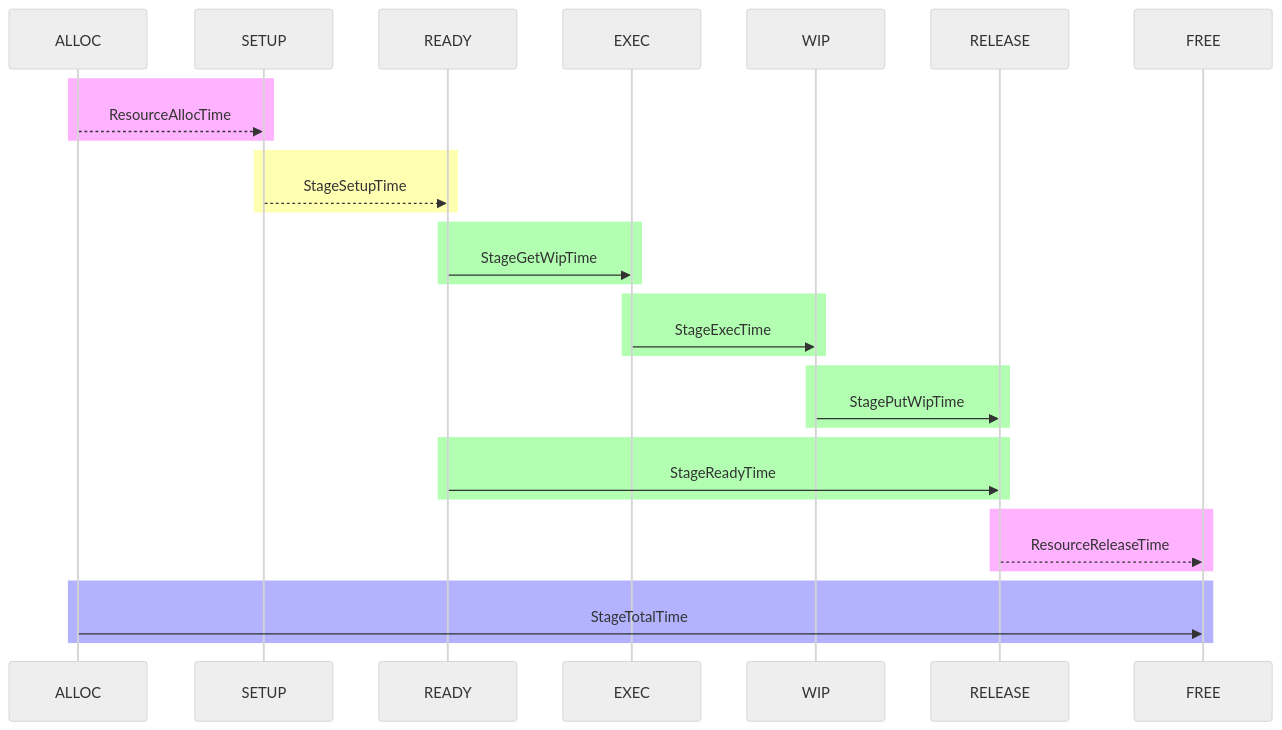
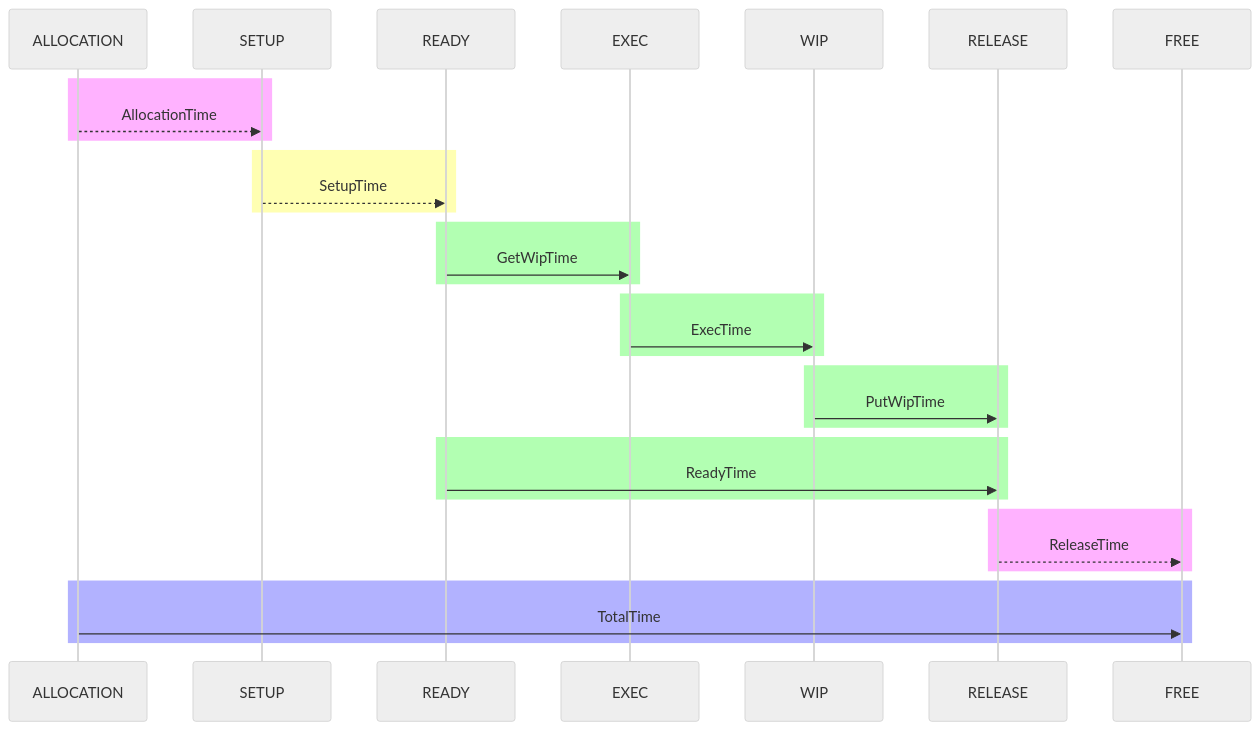
The first of 2 diagrams in content/docs/cyclo/stage.md (bampli/specs), drawn with Mermaid (neutral theme) before and after one commit. The commit also changed other lines of this file, not shown here.

```diff
--- a/content/docs/cyclo/stage.md
+++ b/content/docs/cyclo/stage.md
@@ -46,28 +46,28 @@
 {{< mermaid >}}
 sequenceDiagram
     rect rgb(255, 0, 255, .3)
-        ALLOC-->>SETUP: ResourceAllocTime
+        ALLOCATION-->>SETUP: AllocationTime
     end
     rect rgb(255, 255, 0, .3)
-        SETUP-->>READY: StageSetupTime
+        SETUP-->>READY: SetupTime
     end
 
     rect rgb(0, 255, 0, .3)
-        READY->>EXEC: StageGetWipTime
+        READY->>EXEC: GetWipTime
     end
     rect rgb(0, 255, 0, .3)
-        EXEC->>WIP: StageExecTime
+        EXEC->>WIP: ExecTime
     end
     rect rgb(0, 255, 0, .3)
-        WIP->>RELEASE: StagePutWipTime
+        WIP->>RELEASE: PutWipTime
     end
     rect rgb(0, 255, 0, .3)
-        READY->>RELEASE: StageReadyTime
+        READY->>RELEASE: ReadyTime
     end
     rect rgb(255, 0, 255, .3)
-        RELEASE-->>FREE: ResourceReleaseTime
+        RELEASE-->>FREE: ReleaseTime
     end
     rect rgb(0, 0, 255, .3)
-        ALLOC->>FREE: StageTotalTime
+        ALLOCATION->>FREE: TotalTime
     end
 {{< /mermaid >}}
```
